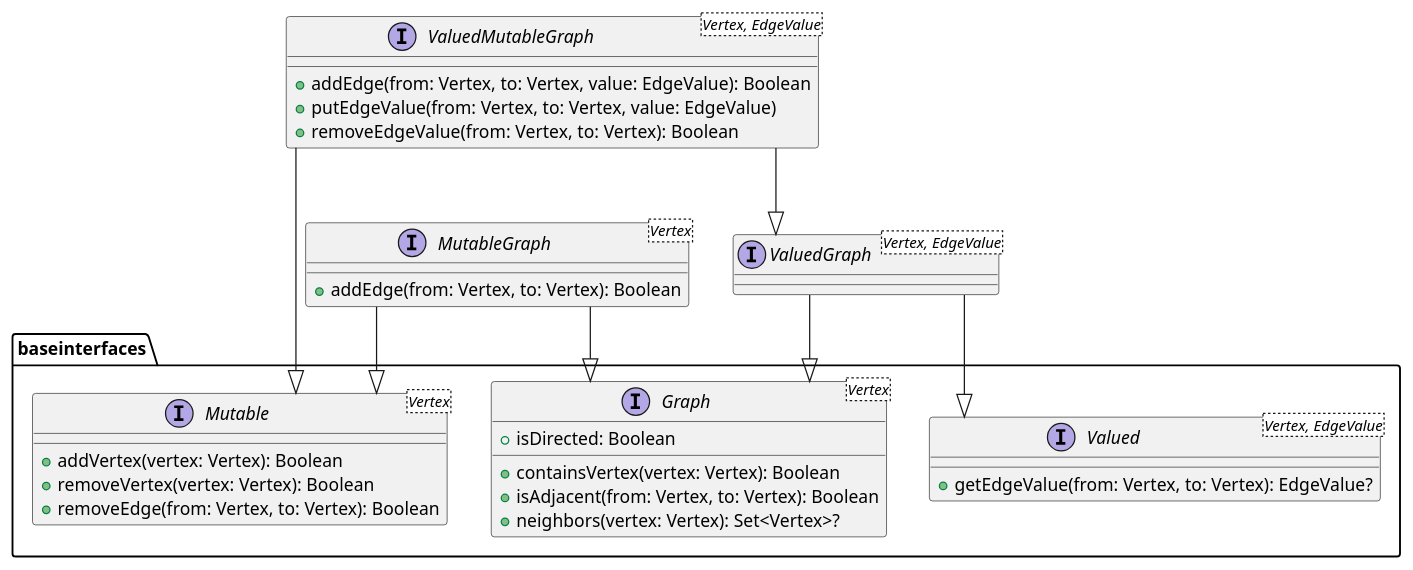
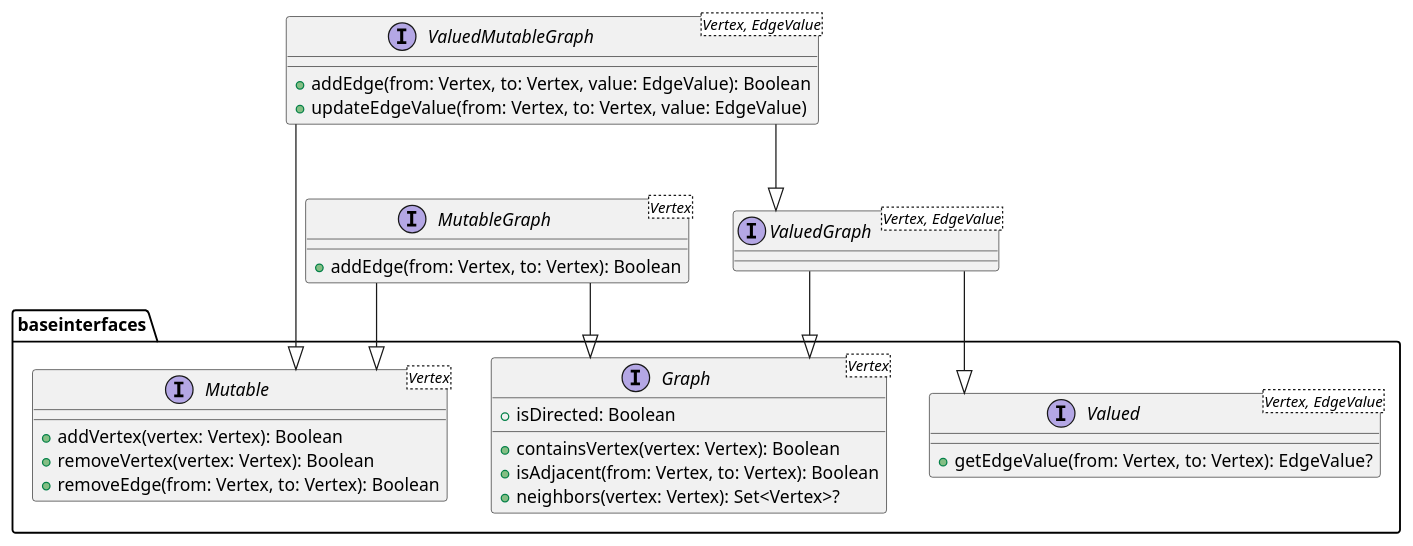
Before and after one commit to koenichiwa/graph: the diagram in docs/Interfaces.puml, drawn with PlantUML. The commit also changed 1 other file, not shown here.

```diff
--- a/docs/Interfaces.puml
+++ b/docs/Interfaces.puml
@@ -1,44 +1,43 @@
 @startuml
 
 skinparam linetype ortho
 
 package baseinterfaces {
     interface Graph<Vertex> {
         + isDirected: Boolean
 
         + containsVertex(vertex: Vertex): Boolean
         + isAdjacent(from: Vertex, to: Vertex): Boolean
         + neighbors(vertex: Vertex): Set<Vertex>?
     }
 
     interface Mutable<Vertex>{
         + addVertex(vertex: Vertex): Boolean
         + removeVertex(vertex: Vertex): Boolean
         + removeEdge(from: Vertex, to: Vertex): Boolean
     }
 
     interface Valued<Vertex, EdgeValue> {
         + getEdgeValue(from: Vertex, to: Vertex): EdgeValue?
     }
 }
 
 interface MutableGraph<Vertex>{
     + addEdge(from: Vertex, to: Vertex): Boolean
 }
 MutableGraph --|> Graph
 MutableGraph --|> Mutable
 
 interface ValuedGraph<Vertex, EdgeValue>
 ValuedGraph --|> Graph
 ValuedGraph --|> Valued
 
 interface ValuedMutableGraph<Vertex, EdgeValue>{
     + addEdge(from: Vertex, to: Vertex, value: EdgeValue): Boolean
-    + putEdgeValue(from: Vertex, to: Vertex, value: EdgeValue)
-    + removeEdgeValue(from: Vertex, to: Vertex): Boolean
+    + updateEdgeValue(from: Vertex, to: Vertex, value: EdgeValue)
 }
 
 ValuedMutableGraph --|> Mutable
 ValuedMutableGraph --|> ValuedGraph
 
 @enduml
```
